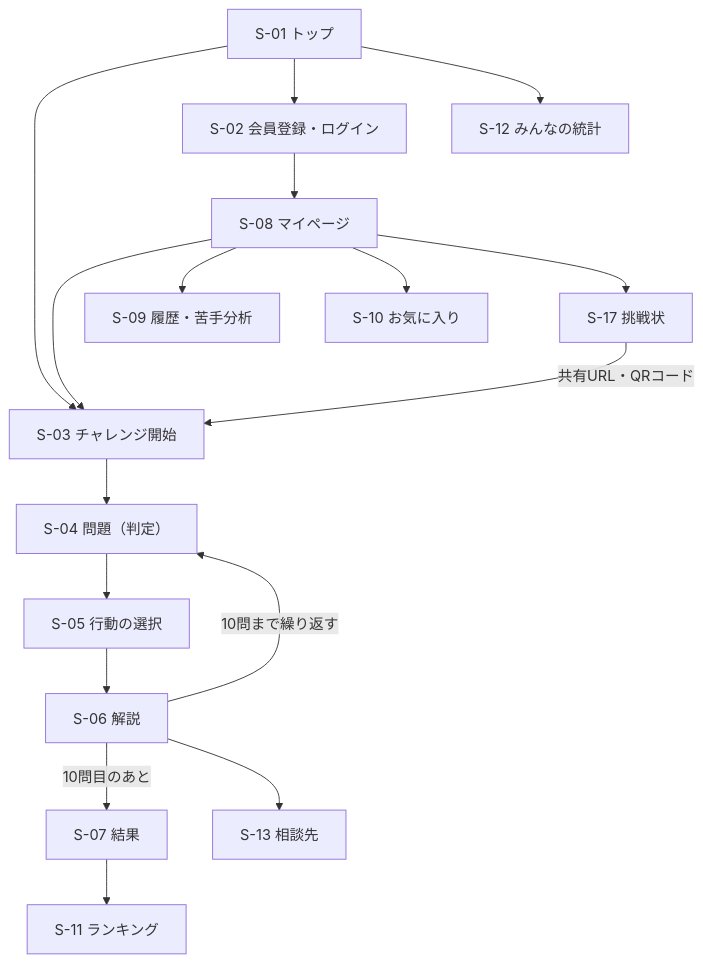
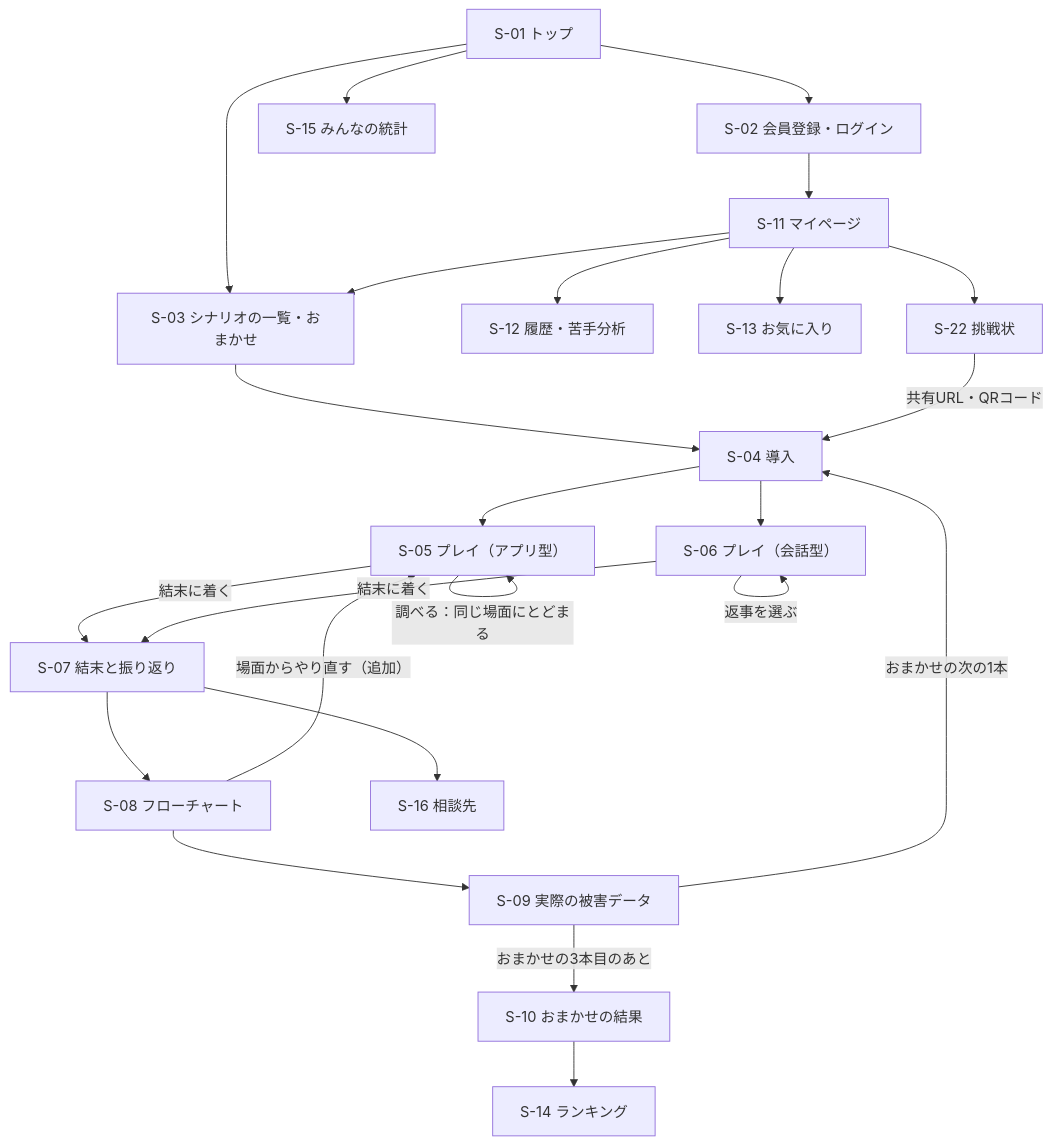
The second of 5 diagrams in docs/requirements.md (Atelier2006/graduation-project), drawn with Mermaid before and after one commit. The commit also changed other lines of this file and 3 other files, not shown here.

First line of the commit message:
要件定義書を0.2に更新：分岐型のシナリオ、フローチャート、実際の被害データ

````diff
--- a/docs/requirements.md
+++ b/docs/requirements.md
@@ -496,19 +636,26 @@
 ```mermaid
 flowchart TD
-    top["S-01 トップ"] --> start["S-03 チャレンジ開始"]
+    top["S-01 トップ"] --> list["S-03 シナリオの一覧・おまかせ"]
     top --> login["S-02 会員登録・ログイン"]
-    login --> mypage["S-08 マイページ"]
-    mypage --> start
-    start --> judge["S-04 問題（判定）"]
-    judge --> action["S-05 行動の選択"]
-    action --> explain["S-06 解説"]
-    explain -->|"10問まで繰り返す"| judge
-    explain -->|"10問目のあと"| result["S-07 結果"]
-    explain --> help["S-13 相談先"]
-    result --> ranking["S-11 ランキング"]
-    mypage --> history["S-09 履歴・苦手分析"]
-    mypage --> favorites["S-10 お気に入り"]
-    mypage --> challenge["S-17 挑戦状"]
-    challenge -->|"共有URL・QRコード"| start
-    top --> stats["S-12 みんなの統計"]
+    login --> mypage["S-11 マイページ"]
+    mypage --> list
+    list --> intro["S-04 導入"]
+    intro --> app["S-05 プレイ（アプリ型）"]
+    intro --> chat["S-06 プレイ（会話型）"]
+    app -->|"調べる：同じ場面にとどまる"| app
+    chat -->|"返事を選ぶ"| chat
+    app -->|"結末に着く"| ending["S-07 結末と振り返り"]
+    chat -->|"結末に着く"| ending
+    ending --> flow["S-08 フローチャート"]
+    flow --> real["S-09 実際の被害データ"]
+    real -->|"おまかせの次の1本"| intro
+    real -->|"おまかせの3本目のあと"| result["S-10 おまかせの結果"]
+    flow -->|"場面からやり直す（追加）"| app
+    ending --> help["S-16 相談先"]
+    result --> ranking["S-14 ランキング"]
+    mypage --> history["S-12 履歴・苦手分析"]
+    mypage --> favorites["S-13 お気に入り"]
+    mypage --> challenge["S-22 挑戦状"]
+    challenge -->|"共有URL・QRコード"| intro
+    top --> stats["S-15 みんなの統計"]
 ```
````
